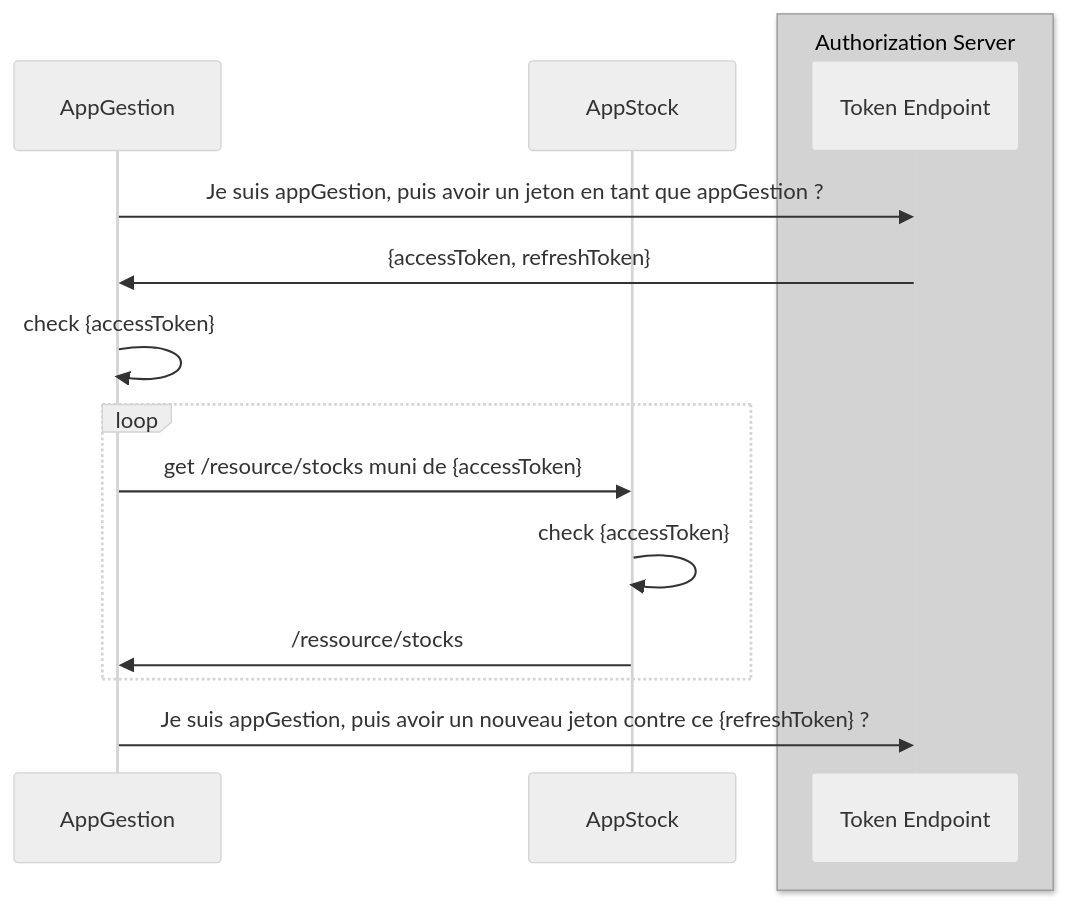
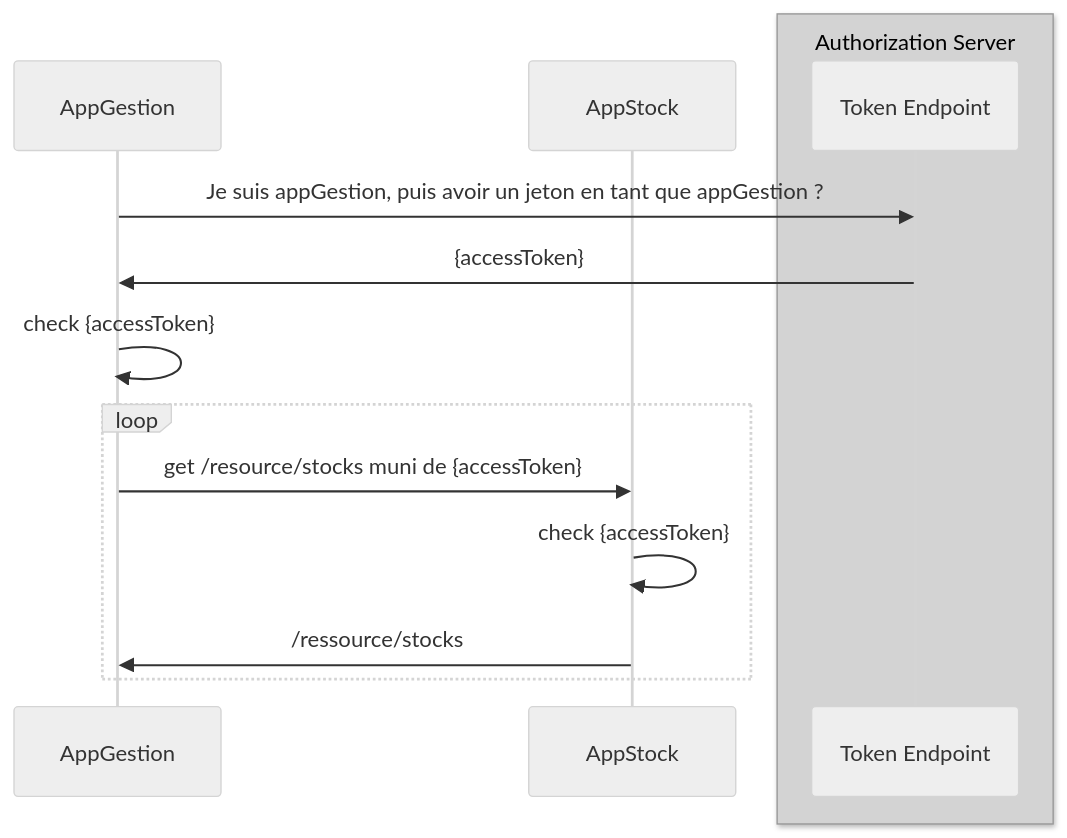
One commit to clement-dufaure/securite-applicative changed the third of 4 diagrams in docs/content/fr/docs/authentification/oidc/oidc.md. Above: the diagram before and after it, drawn with Mermaid (neutral theme).

```diff
--- a/docs/content/fr/docs/authentification/oidc/oidc.md
+++ b/docs/content/fr/docs/authentification/oidc/oidc.md
@@ -149,17 +149,16 @@
 {{< mermaid class="bg-white text-center" >}}
 sequenceDiagram
     participant A as AppGestion
     participant S as AppStock 
     box LightGrey Authorization Server
     participant F as Token Endpoint
     end
     A->>F: Je suis appGestion, puis avoir un jeton en tant que appGestion ?
-    F->>A: {accessToken, refreshToken}
+    F->>A: {accessToken}
     A->>A: check {accessToken}
     loop
         A->>S: get /resource/stocks muni de {accessToken}
         S->>S: check {accessToken}
         S->>A: /ressource/stocks
     end
-    A->>F: Je suis appGestion, puis avoir un nouveau jeton contre ce {refreshToken} ?
 {{< /mermaid >}}
```
